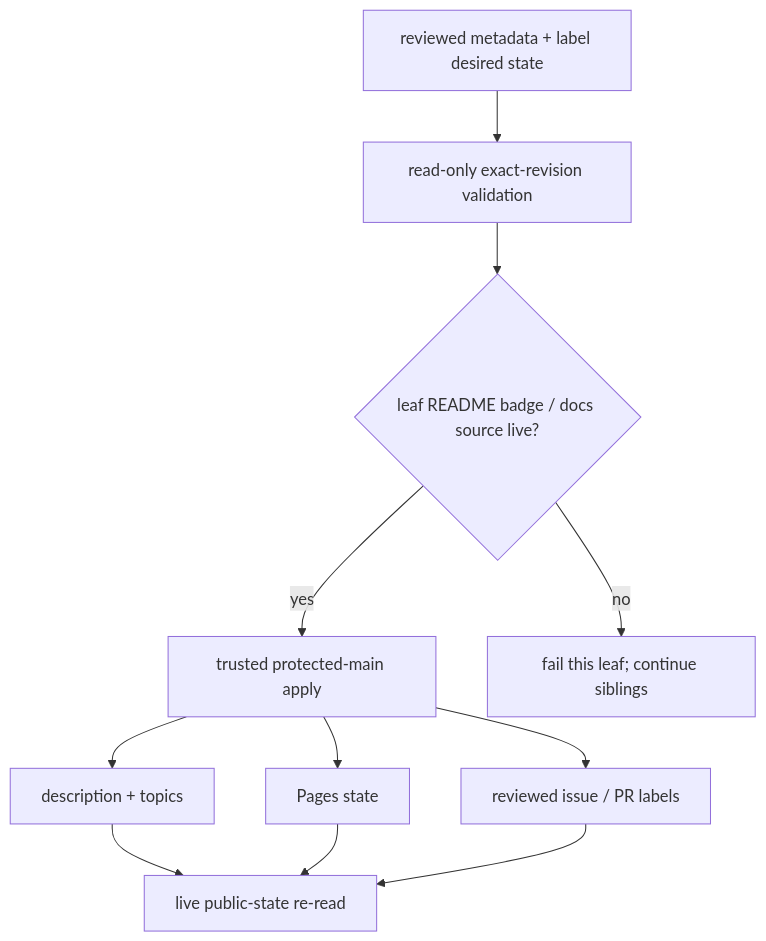
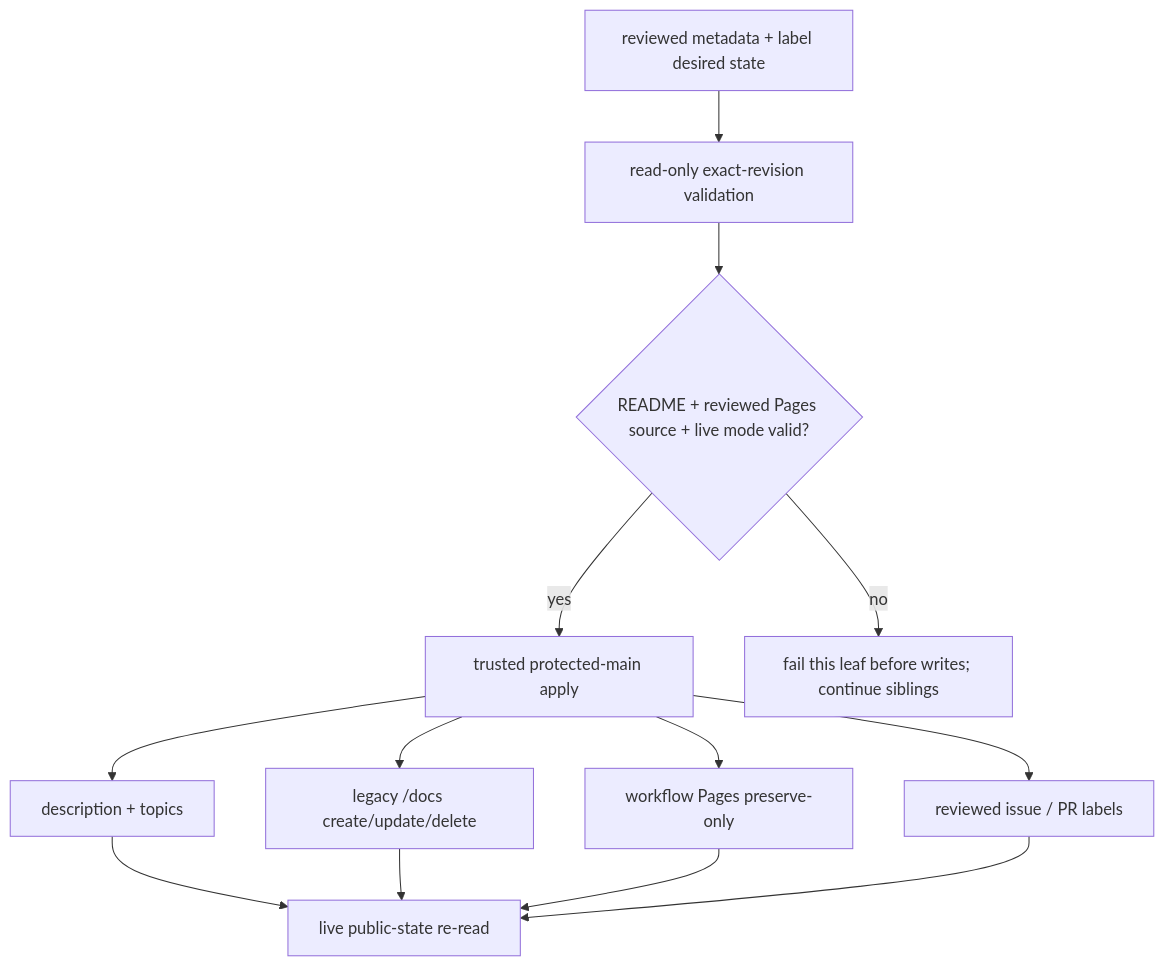
The second of 5 diagrams in ARCHITECTURE.md (ContextualWisdomLab/.github), drawn with Mermaid before and after one commit. The commit also changed other lines of this file, not shown here.

Commit message:
docs(architecture): model workflow Pages preservation boundary

````diff
--- a/ARCHITECTURE.md
+++ b/ARCHITECTURE.md
@@ -40,23 +40,26 @@
 ```mermaid
 flowchart TD
   Desired["reviewed metadata + label desired state"]
   Validate["read-only exact-revision validation"]
-  Preconditions{"leaf README badge / docs source live?"}
+  Preconditions{"README + reviewed Pages source + live mode valid?"}
   Apply["trusted protected-main apply"]
   Repo["description + topics"]
-  Pages["Pages state"]
+  Legacy["legacy /docs create/update/delete"]
+  Workflow["workflow Pages preserve-only"]
   Labels["reviewed issue / PR labels"]
   Verify["live public-state re-read"]
-  Hold["fail this leaf; continue siblings"]
+  Hold["fail this leaf before writes; continue siblings"]
 
   Desired --> Validate
   Validate --> Preconditions
   Preconditions -->|"no"| Hold
   Preconditions -->|"yes"| Apply
   Apply --> Repo
-  Apply --> Pages
+  Apply --> Legacy
+  Apply --> Workflow
   Apply --> Labels
   Repo --> Verify
-  Pages --> Verify
+  Legacy --> Verify
+  Workflow --> Verify
   Labels --> Verify
 ```
````
